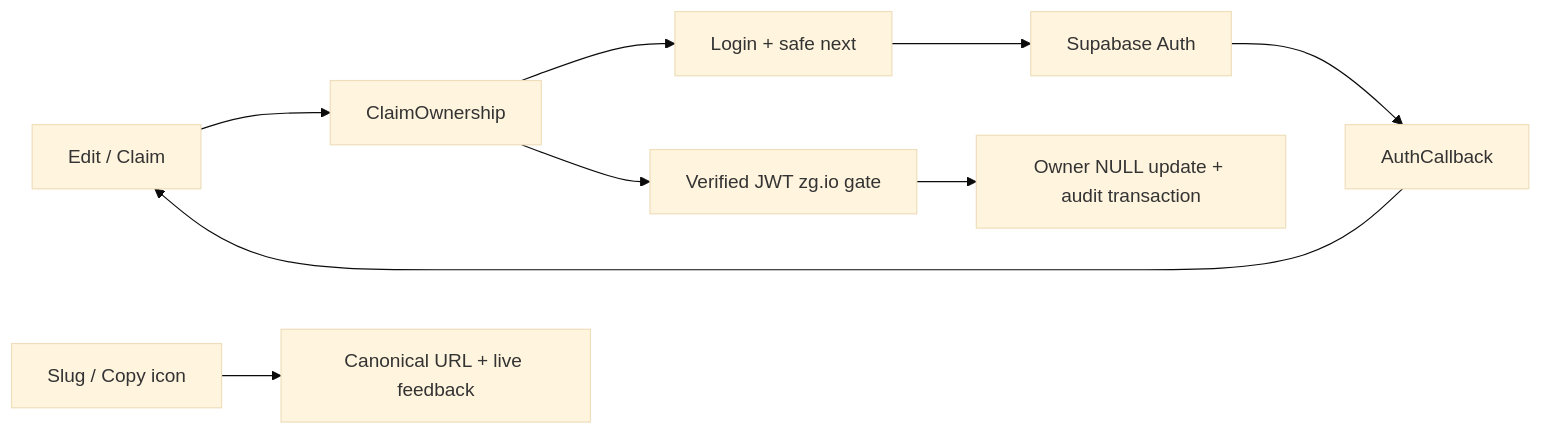
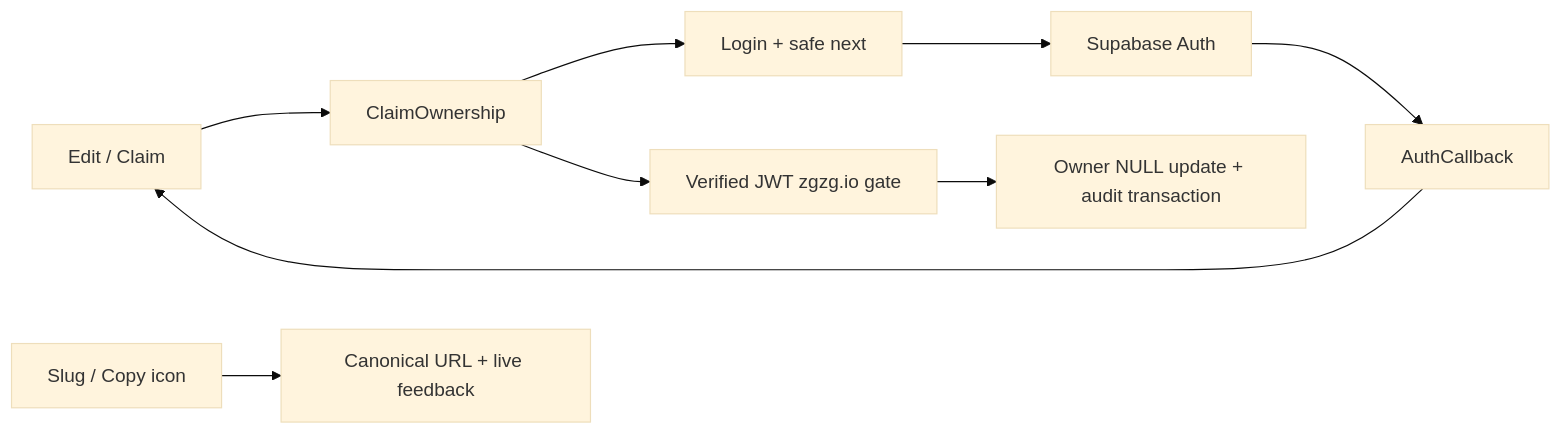
One commit to xinbenlv/open-golinks changed the second of 2 diagrams in docs/CURRENT-ARCHITECT.md. Above: the diagram before and after it, drawn with Mermaid (base theme). The commit also changed other lines of this file and 18 other files, not shown here.

````diff
--- a/docs/CURRENT-ARCHITECT.md
+++ b/docs/CURRENT-ARCHITECT.md
@@ -354,11 +354,11 @@
 ```mermaid
 flowchart LR
   EditClaim[Edit / Claim] --> ClaimUI[ClaimOwnership]
   ClaimUI --> Login[Login + safe next]
   Login --> Supabase[Supabase Auth]
   Supabase --> Callback[AuthCallback]
   Callback --> EditClaim
-  ClaimUI --> JWT[Verified JWT zg.io gate]
+  ClaimUI --> JWT[Verified JWT zgzg.io gate]
   JWT --> CAS[Owner NULL update + audit transaction]
   SlugIcon[Slug / Copy icon] --> Clipboard[Canonical URL + live feedback]
 ```
````
